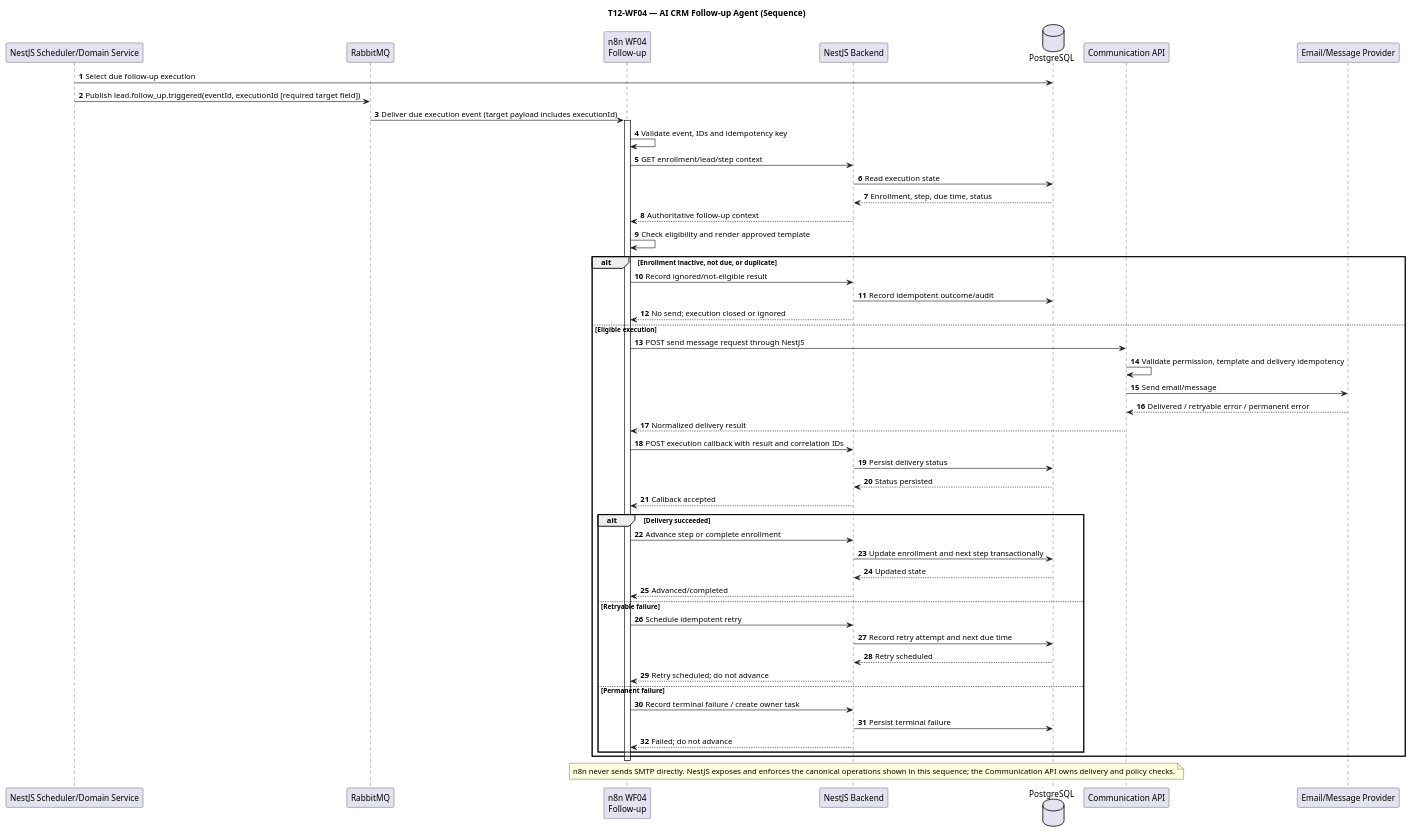
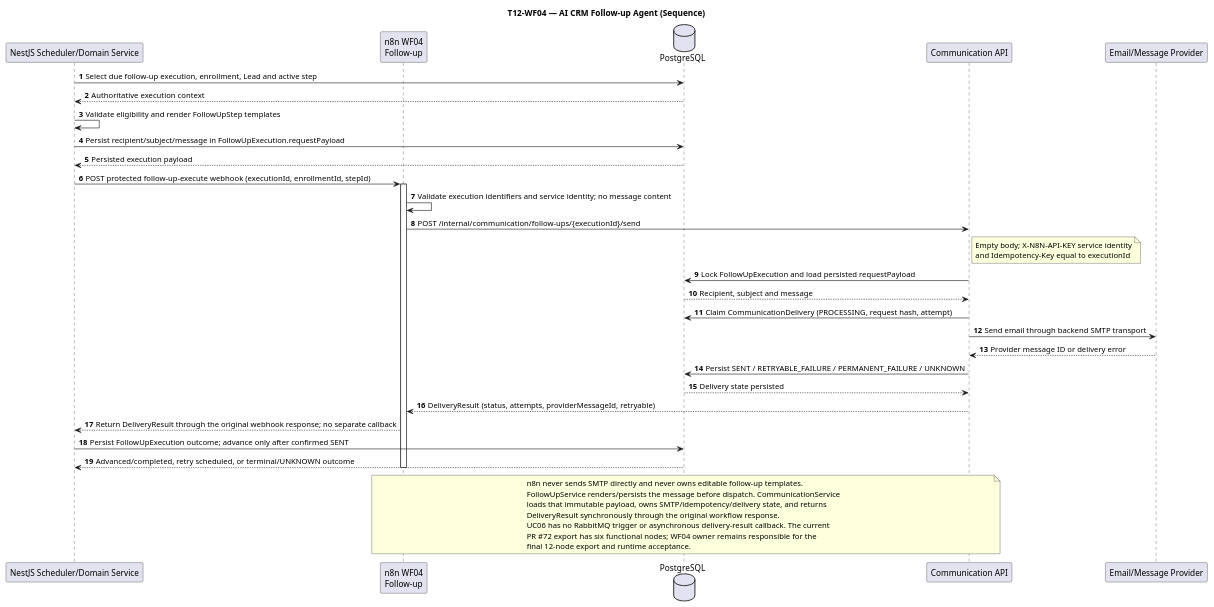
Before and after one commit to tuananh-developer/crm-automation-backend: the diagram in docs/diagrams/sequence/t12-wf04-sequence.puml, drawn with PlantUML. The commit also changed 31 other files, not shown here.

```diff
--- a/docs/diagrams/sequence/t12-wf04-sequence.puml
+++ b/docs/diagrams/sequence/t12-wf04-sequence.puml
@@ -1,56 +1,44 @@
 @startuml
 title T12-WF04 — AI CRM Follow-up Agent (Sequence)
 autonumber
 participant "NestJS Scheduler/Domain Service" as SCHED
-participant "RabbitMQ" as MQ
 participant "n8n WF04\nFollow-up" as N8N
-participant "NestJS Backend" as API
 database "PostgreSQL" as DB
 participant "Communication API" as COMM
 participant "Email/Message Provider" as PROVIDER
 
-SCHED -> DB: Select due follow-up execution
-SCHED -> MQ: Publish lead.follow_up.triggered(eventId, executionId [required target field])
-MQ -> N8N: Deliver due execution event (target payload includes executionId)
+SCHED -> DB: Select due follow-up execution, enrollment, Lead and active step
+DB --> SCHED: Authoritative execution context
+SCHED -> SCHED: Validate eligibility and render FollowUpStep templates
+SCHED -> DB: Persist recipient/subject/message in FollowUpExecution.requestPayload
+DB --> SCHED: Persisted execution payload
+SCHED -> N8N: POST protected follow-up-execute webhook (executionId, enrollmentId, stepId)
 activate N8N
-N8N -> N8N: Validate event, IDs and idempotency key
-N8N -> API: GET enrollment/lead/step context
-API -> DB: Read execution state
-DB --> API: Enrollment, step, due time, status
-API --> N8N: Authoritative follow-up context
-N8N -> N8N: Check eligibility and render approved template
-alt Enrollment inactive, not due, or duplicate
-N8N -> API: Record ignored/not-eligible result
-API -> DB: Record idempotent outcome/audit
-API --> N8N: No send; execution closed or ignored
-else Eligible execution
-N8N -> COMM: POST send message request through NestJS
-COMM -> COMM: Validate permission, template and delivery idempotency
-COMM -> PROVIDER: Send email/message
-PROVIDER --> COMM: Delivered / retryable error / permanent error
-COMM --> N8N: Normalized delivery result
-N8N -> API: POST execution callback with result and correlation IDs
-API -> DB: Persist delivery status
-DB --> API: Status persisted
-API --> N8N: Callback accepted
-alt Delivery succeeded
-N8N -> API: Advance step or complete enrollment
-API -> DB: Update enrollment and next step transactionally
-DB --> API: Updated state
-API --> N8N: Advanced/completed
-else Retryable failure
-N8N -> API: Schedule idempotent retry
-API -> DB: Record retry attempt and next due time
-DB --> API: Retry scheduled
-API --> N8N: Retry scheduled; do not advance
-else Permanent failure
-N8N -> API: Record terminal failure / create owner task
-API -> DB: Persist terminal failure
-API --> N8N: Failed; do not advance
-end
-end
+N8N -> N8N: Validate execution identifiers and service identity; no message content
+N8N -> COMM: POST /internal/communication/follow-ups/{executionId}/send
+note right of COMM
+Empty body; X-N8N-API-KEY service identity
+and Idempotency-Key equal to executionId
+end note
+COMM -> DB: Lock FollowUpExecution and load persisted requestPayload
+DB --> COMM: Recipient, subject and message
+COMM -> DB: Claim CommunicationDelivery (PROCESSING, request hash, attempt)
+COMM -> PROVIDER: Send email through backend SMTP transport
+PROVIDER --> COMM: Provider message ID or delivery error
+COMM -> DB: Persist SENT / RETRYABLE_FAILURE / PERMANENT_FAILURE / UNKNOWN
+DB --> COMM: Delivery state persisted
+COMM --> N8N: DeliveryResult (status, attempts, providerMessageId, retryable)
+N8N --> SCHED: Return DeliveryResult through the original webhook response; no separate callback
+SCHED -> DB: Persist FollowUpExecution outcome; advance only after confirmed SENT
+DB --> SCHED: Advanced/completed, retry scheduled, or terminal/UNKNOWN outcome
 deactivate N8N
 note over N8N,COMM
-n8n never sends SMTP directly. NestJS exposes and enforces the canonical operations shown in this sequence; the Communication API owns delivery and policy checks.
+n8n never sends SMTP directly and never owns editable follow-up templates.
+FollowUpService renders/persists the message before dispatch. CommunicationService
+loads that immutable payload, owns SMTP/idempotency/delivery state, and returns
+DeliveryResult synchronously through the original workflow response.
+UC06 has no RabbitMQ trigger or asynchronous delivery-result callback. The current
+PR #72 export has six functional nodes; WF04 owner remains responsible for the
+final 12-node export and runtime acceptance.
 end note
 @enduml
```
